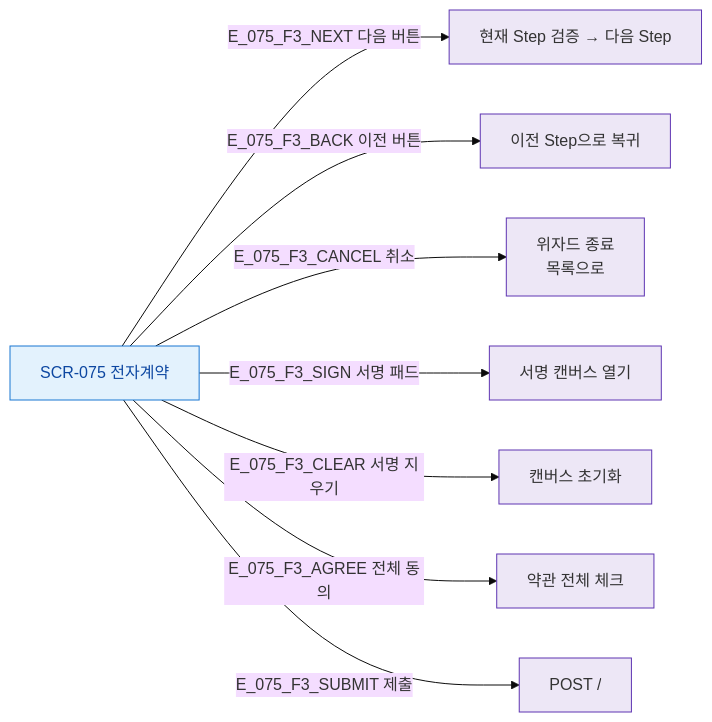
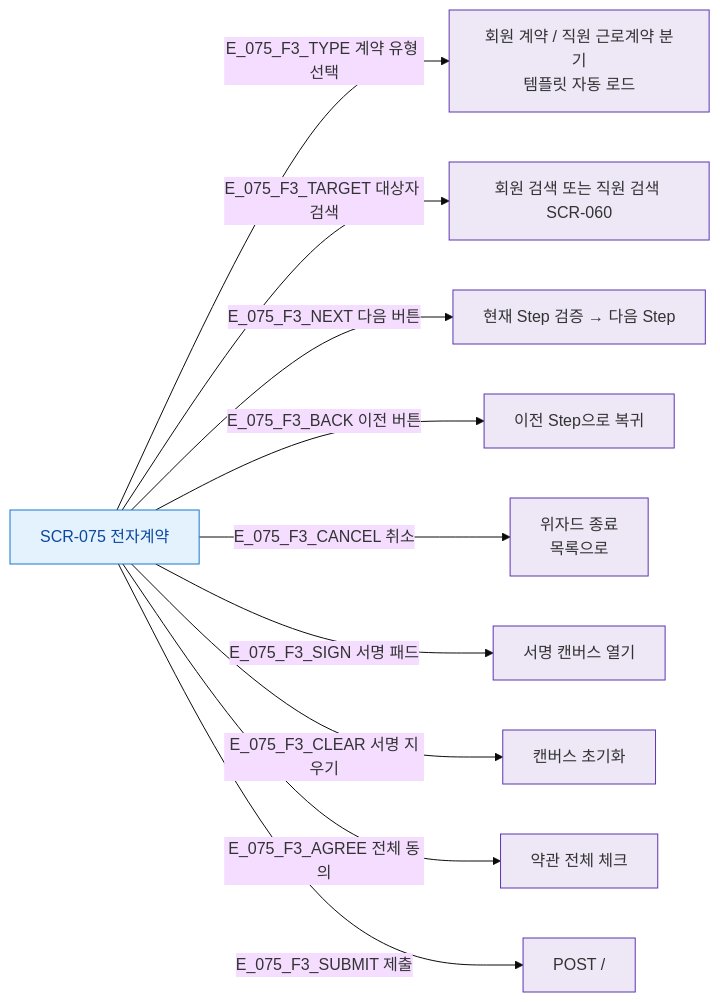
Before and after one commit to dev-spogym/admin-pando: the diagram in docs/admin/다이어그램/D08_마케팅/SCR-075_전자계약/F3_버튼액션.md, drawn with Mermaid (base theme). The commit also changed 33 other files, not shown here.

First line of the commit message:
docs: 계약-기획 매핑 점검 결과 + 화면설계서·다이어그램 보강

````diff
--- a/docs/admin/다이어그램/D08_마케팅/SCR-075_전자계약/F3_버튼액션.md
+++ b/docs/admin/다이어그램/D08_마케팅/SCR-075_전자계약/F3_버튼액션.md
@@ -12,18 +12,20 @@
 ```mermaid
 flowchart LR
   SCR_075[SCR-075 전자계약]
 
+  SCR_075 -->|E_075_F3_TYPE 계약 유형 선택|BTN_TYPE[회원 계약 / 직원 근로계약 분기\n템플릿 자동 로드]
+  SCR_075 -->|E_075_F3_TARGET 대상자 검색|BTN_TARGET[회원 검색 또는 직원 검색 SCR-060]
   SCR_075 -->|E_075_F3_NEXT 다음 버튼|BTN_NEXT[현재 Step 검증 → 다음 Step]
   SCR_075 -->|E_075_F3_BACK 이전 버튼|BTN_BACK[이전 Step으로 복귀]
   SCR_075 -->|E_075_F3_CANCEL 취소|BTN_CANCEL[위자드 종료\n목록으로]
   SCR_075 -->|E_075_F3_SIGN 서명 패드|BTN_SIGN[서명 캔버스 열기]
   SCR_075 -->|E_075_F3_CLEAR 서명 지우기|BTN_CLEAR[캔버스 초기화]
   SCR_075 -->|E_075_F3_AGREE 전체 동의|BTN_AGREE[약관 전체 체크]
   SCR_075 -->|E_075_F3_SUBMIT 제출|BTN_SUBMIT[POST /]
 
   classDef screen fill:#E3F2FD,stroke:#1976D2,color:#0D47A1
   classDef system fill:#EDE7F6,stroke:#5E35B2
 
   class SCR_075 screen
-  class BTN_NEXT,BTN_BACK,BTN_CANCEL,BTN_SIGN,BTN_CLEAR,BTN_AGREE,BTN_SUBMIT system
+  class BTN_TYPE,BTN_TARGET,BTN_NEXT,BTN_BACK,BTN_CANCEL,BTN_SIGN,BTN_CLEAR,BTN_AGREE,BTN_SUBMIT system
 ```
````
